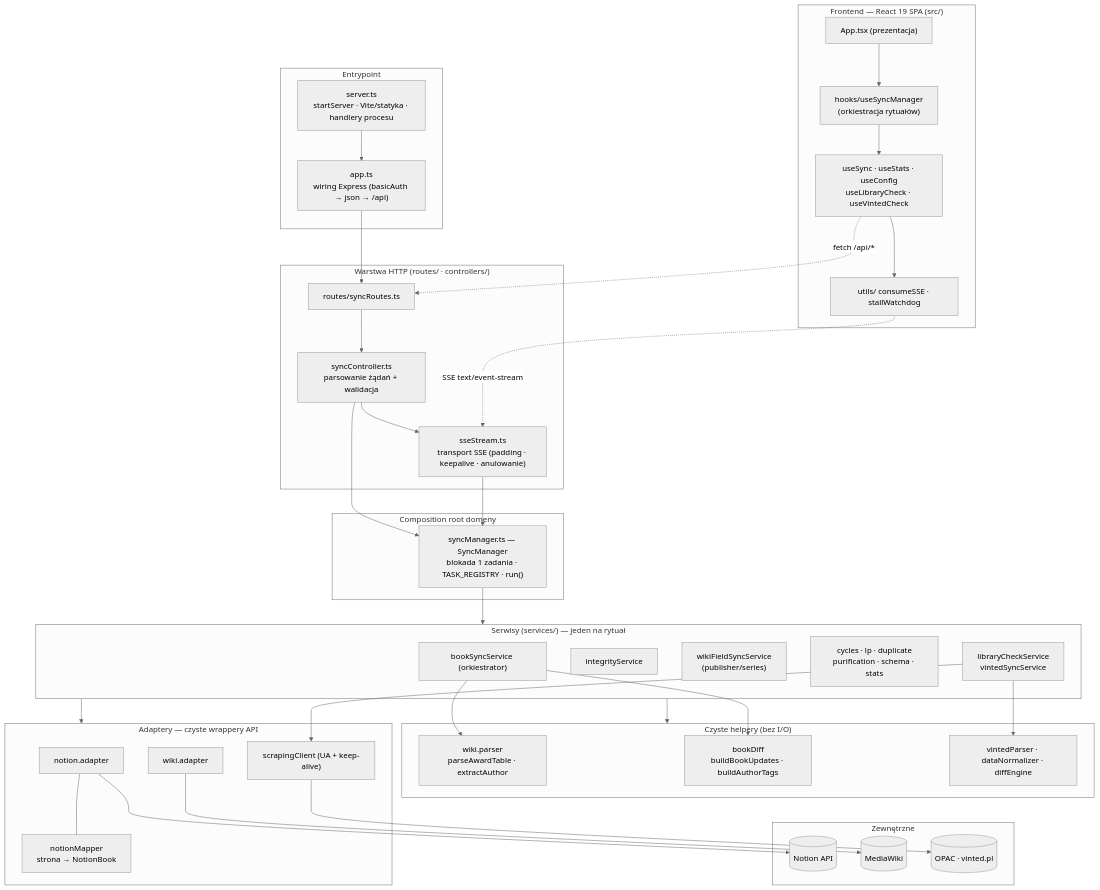
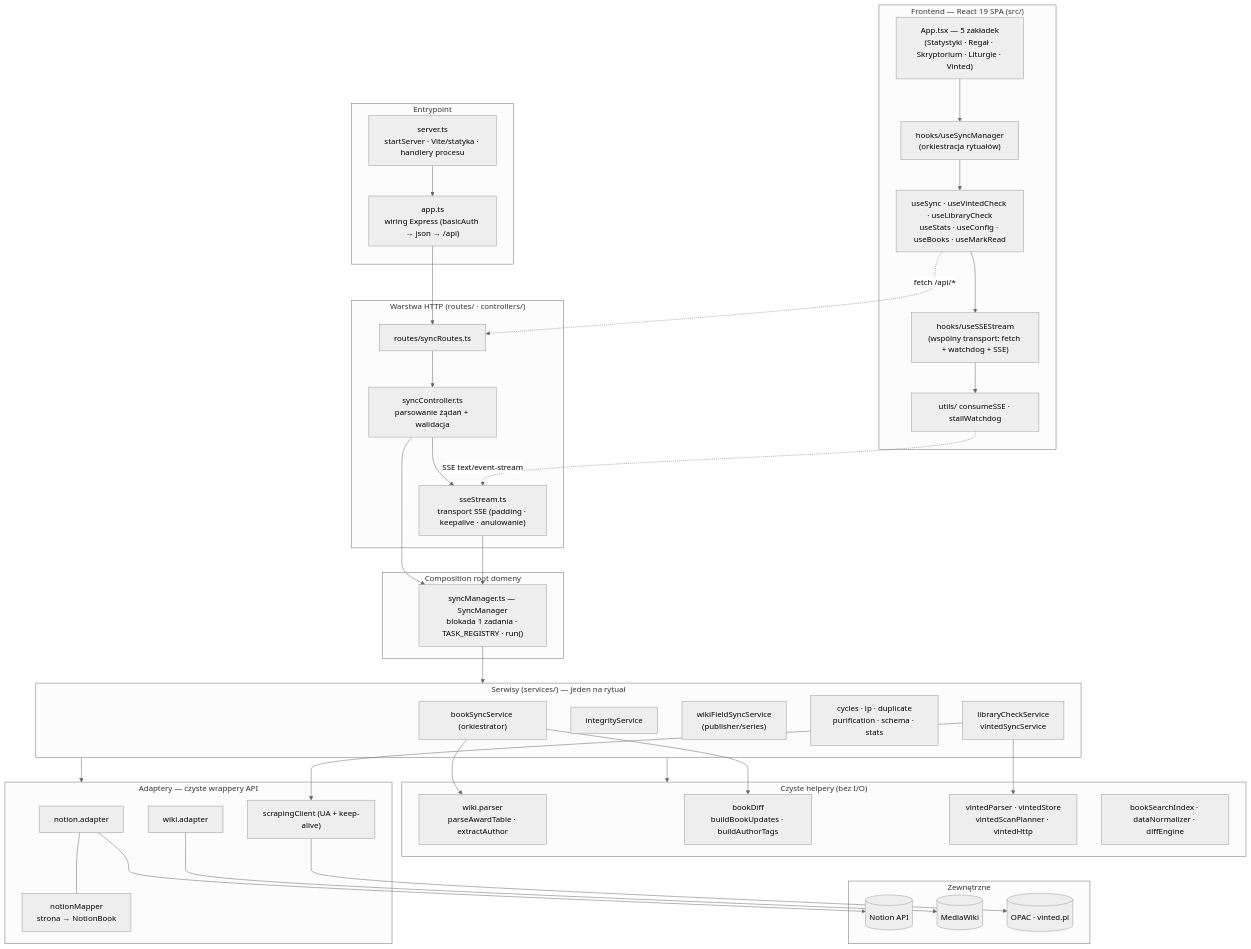
One commit to rembednarczyk/CogitatorOmnissiah changed the diagram in README.md. Above: the diagram before and after it, drawn with Mermaid (neutral theme). The commit also changed other lines of this file, not shown here.

First line of the commit message:
docs(readme): refresh architecture for Skryptorium, Regał, useSSEStream (#99)

````diff
--- a/README.md
+++ b/README.md
@@ -59,70 +59,72 @@
 ```mermaid
 flowchart TB
     subgraph FE["Frontend — React 19 SPA (src/)"]
-        App["App.tsx (prezentacja)"]
+        App["App.tsx — 5 zakładek<br/>(Statystyki · Regał · Skryptorium · Liturgie · Vinted)"]
         USM["hooks/useSyncManager<br/>(orkiestracja rytuałów)"]
-        Hooks["useSync · useStats · useConfig<br/>useLibraryCheck · useVintedCheck"]
+        Hooks["useSync · useVintedCheck · useLibraryCheck<br/>useStats · useConfig · useBooks · useMarkRead"]
+        Stream["hooks/useSSEStream<br/>(wspólny transport: fetch + watchdog + SSE)"]
         SSEc["utils/ consumeSSE · stallWatchdog"]
-        App --> USM --> Hooks --> SSEc
+        App --> USM --> Hooks --> Stream --> SSEc
     end
 
     subgraph EP["Entrypoint"]
         Srv["server.ts<br/>startServer · Vite/statyka · handlery procesu"]
         AppTs["app.ts<br/>wiring Express (basicAuth → json → /api)"]
         Srv --> AppTs
     end
 
     subgraph HTTP["Warstwa HTTP (routes/ · controllers/)"]
         Routes["routes/syncRoutes.ts"]
         Ctrl["syncController.ts<br/>parsowanie żądań + walidacja"]
         SSEs["sseStream.ts<br/>transport SSE (padding · keepalive · anulowanie)"]
         Routes --> Ctrl --> SSEs
     end
 
     subgraph DOM["Composition root domeny"]
         SM["syncManager.ts — SyncManager<br/>blokada 1 zadania · TASK_REGISTRY · run()"]
     end
 
     subgraph SVC["Serwisy (services/) — jeden na rytuał"]
         Book["bookSyncService (orkiestrator)"]
         Integ["integrityService"]
         WField["wikiFieldSyncService<br/>(publisher/series)"]
         Rest["cycles · lp · duplicate<br/>purification · schema · stats"]
         Scan["libraryCheckService<br/>vintedSyncService"]
     end
 
     subgraph PURE["Czyste helpery (bez I/O)"]
         WP["wiki.parser<br/>parseAwardTable · extractAuthor"]
         BD["bookDiff<br/>buildBookUpdates · buildAuthorTags"]
-        VP["vintedParser · dataNormalizer · diffEngine"]
+        VP["vintedParser · vintedStore<br/>vintedScanPlanner · vintedHttp"]
+        BSI["bookSearchIndex · dataNormalizer · diffEngine"]
     end
 
     subgraph ADP["Adaptery — czyste wrappery API"]
         NA["notion.adapter"]
         NM["notionMapper<br/>strona → NotionBook"]
         WA["wiki.adapter"]
         SC["scrapingClient (UA + keep-alive)"]
         NA --- NM
     end
 
     subgraph EXT["Zewnętrzne"]
         NAPI[("Notion API")]
         MW[("MediaWiki")]
         HTMLp[("OPAC · vinted.pl")]
     end
 
     SSEc -. "SSE text/event-stream" .-> SSEs
     Hooks -. "fetch /api/*" .-> Routes
     AppTs --> Routes
     Ctrl --> SM
     SSEs --> SM
     SM --> SVC
     Book --> WP
     Book --> BD
     Scan --> VP
     SVC --> ADP
     SVC --> PURE
     NA --> NAPI
     WA --> MW
     Scan --> SC --> HTMLp
 ```
````
